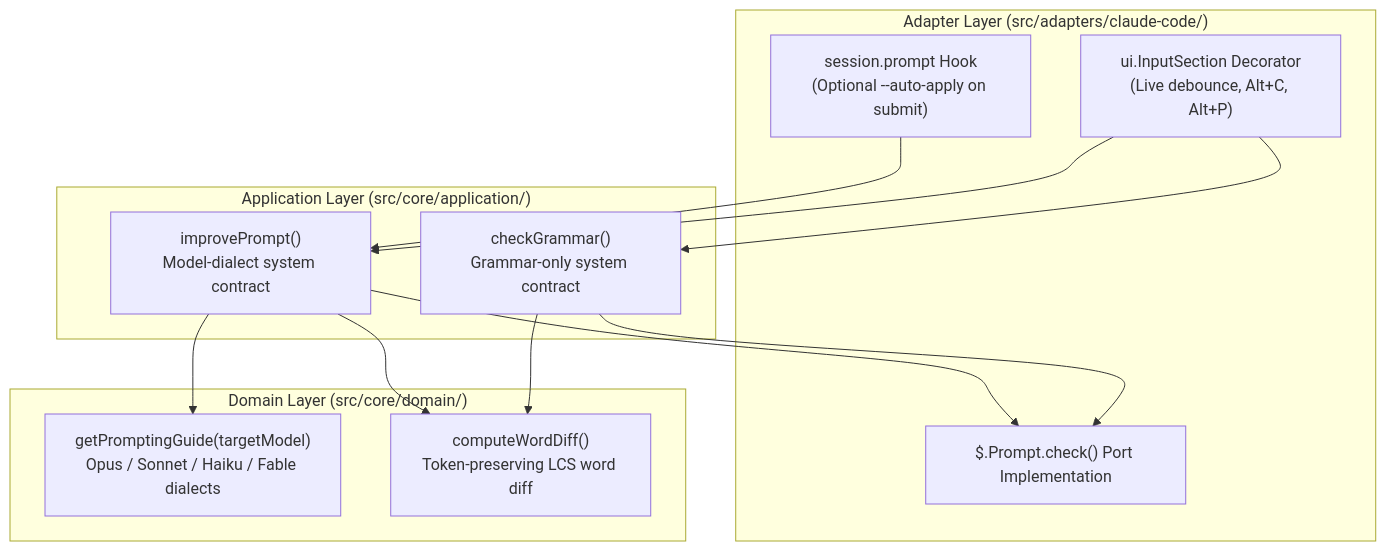
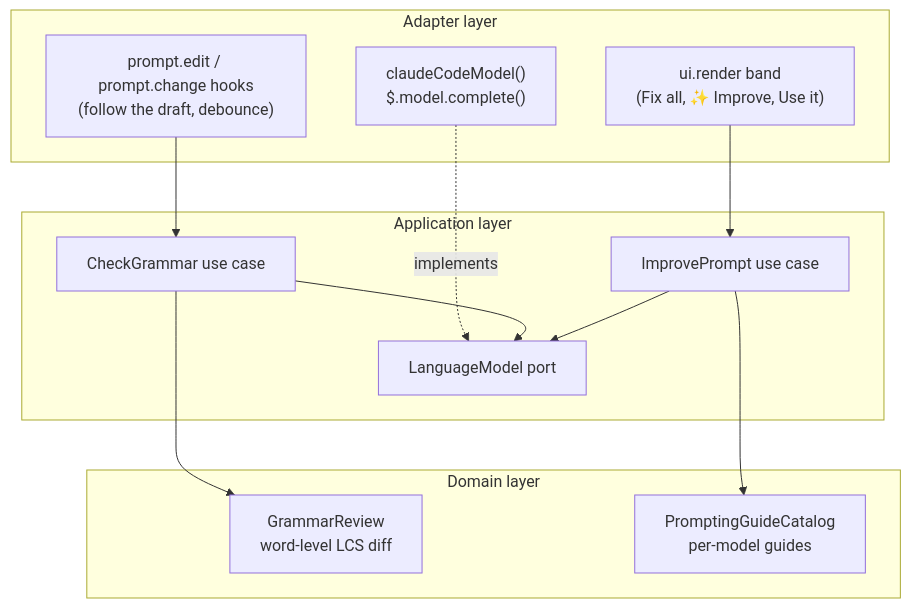
One commit to marcelomiyake/marcelomiyake.github.io changed the second of 2 diagrams in _posts/2026-10-18-harness-engineering-in-practice.markdown. Above: the diagram before and after it, drawn with Mermaid. The commit also changed other lines of this file and 1 other file, not shown here.

````diff
--- a/_posts/2026-10-18-harness-engineering-in-practice.markdown
+++ b/_posts/2026-10-18-harness-engineering-in-practice.markdown
@@ -221,29 +234,31 @@
 ```mermaid
 flowchart TD
     accTitle: Clean Architecture structure of the prompt-dialect Claude Code Mod
-    accDescr: The Claude Code adapter intercepts composer input and prompt submission events, delegates to application use cases for grammar checking and model-aware prompt improvement, and relies on pure domain modules for model dialect guides and word-level LCS diffing.
-    subgraph Adapter ["Adapter Layer (src/adapters/claude-code/)"]
-        UI["ui.InputSection Decorator\n(Live debounce, Alt+C, Alt+P)"]
-        Hook["session.prompt Hook\n(Optional --auto-apply on submit)"]
-        Checker["$.Prompt.check() Port Implementation"]
+    accDescr: The Claude Code adapter follows prompt-box edits and renders the suggestion band, delegates to the CheckGrammar and ImprovePrompt use cases, and implements their LanguageModel port with Claude Code's own API client. The use cases rely on pure domain modules for the word-level diff and the prompting-guide catalog.
+    subgraph Adapter ["Adapter layer"]
+        Hooks["prompt.edit / prompt.change hooks<br/>(follow the draft, debounce)"]
+        Band["ui.render band<br/>(Fix all, ✨ Improve, Use it)"]
+        Model["claudeCodeModel()<br/>$.model.complete()"]
     end
 
-    subgraph App ["Application Layer (src/core/application/)"]
-        Grammar["checkGrammar()\nGrammar-only system contract"]
-        Improve["improvePrompt()\nModel-dialect system contract"]
+    subgraph App ["Application layer"]
+        Check["CheckGrammar use case"]
+        Improve["ImprovePrompt use case"]
+        Port["LanguageModel port"]
     end
 
-    subgraph Domain ["Domain Layer (src/core/domain/)"]
-        Guides["getPromptingGuide(targetModel)\nOpus / Sonnet / Haiku / Fable dialects"]
-        Diff["computeWordDiff()\nToken-preserving LCS word diff"]
+    subgraph Domain ["Domain layer"]
+        Review["GrammarReview<br/>word-level LCS diff"]
+        Guides["PromptingGuideCatalog<br/>per-model guides"]
     end
 
-    UI --> Grammar
-    UI --> Improve
-    Hook --> Improve
-    Grammar --> Checker
-    Improve --> Checker
-    Grammar --> Diff
+    Hooks --> Check
+    Band --> Improve
+    Model -. implements .-> Port
+    Check --> Port
+    Improve --> Port
+    Check --> Review
     Improve --> Guides
-    Improve --> Diff
+    Port ~~~ Review
+    Port ~~~ Guides
 ```
````
